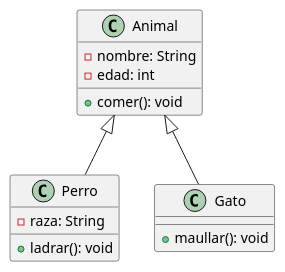
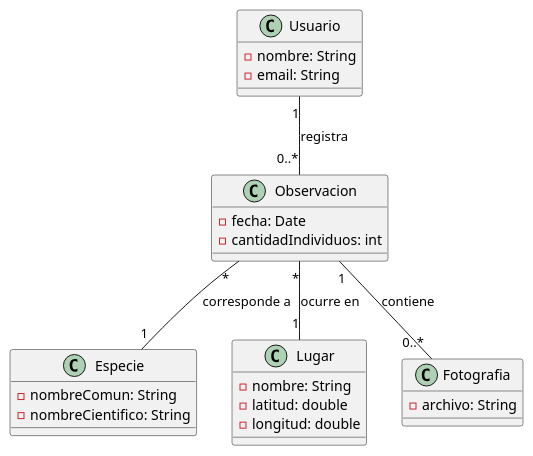
One commit to UBP-IngenieriaSoftware/filminas changed the diagram in slides/plantUML/ejemplo-clase.puml. Above: the diagram before and after it, drawn with PlantUML. The commit also changed 3 other files, not shown here.

Commit message:
fix: change diagrama clases

```diff
--- a/slides/plantUML/ejemplo-clase.puml
+++ b/slides/plantUML/ejemplo-clase.puml
@@ -1,23 +1,33 @@
 @startuml
 
-class Animal {
+class Usuario {
     - nombre: String
-    - edad: int
-
-    + comer(): void
+    - email: String
 }
 
-class Perro {
-    - raza: String
-
-    + ladrar(): void
+class Observacion {
+    - fecha: Date
+    - cantidadIndividuos: int
 }
 
-class Gato {
-    + maullar(): void
+class Especie {
+    - nombreComun: String
+    - nombreCientifico: String
 }
 
-Animal <|-- Perro
-Animal <|-- Gato
+class Lugar {
+    - nombre: String
+    - latitud: double
+    - longitud: double
+}
+
+class Fotografia {
+    - archivo: String
+}
+
+Usuario "1" -- "0..*" Observacion : registra
+Observacion "*" -- "1" Especie : corresponde a
+Observacion "*" -- "1" Lugar : ocurre en
+Observacion "1" -- "0..*" Fotografia : contiene
 
 @enduml
```
